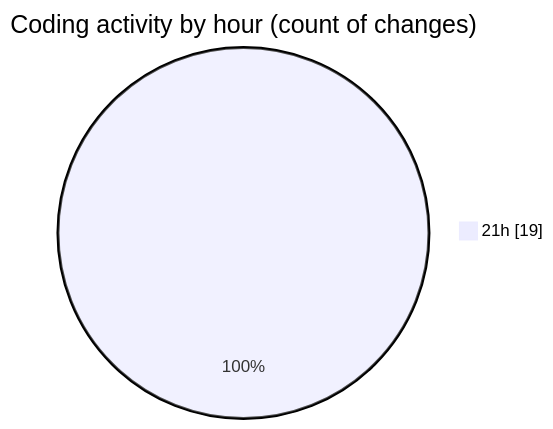
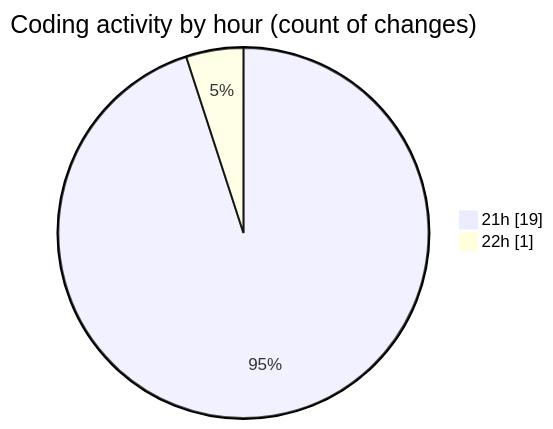
Before and after one commit to momahboobian/code-tracking: the second of 2 diagrams in 2025-01-14/github-activity-tracker/README.md, drawn with Mermaid. The commit also changed other lines of this file and 1 other file, not shown here.

````diff
--- a/2025-01-14/github-activity-tracker/README.md
+++ b/2025-01-14/github-activity-tracker/README.md
@@ -31,5 +32,6 @@
 ```mermaid
 pie showData
 title Coding activity by hour (count of changes)
 "21h" : 19
+"22h" : 1
 ```
````
